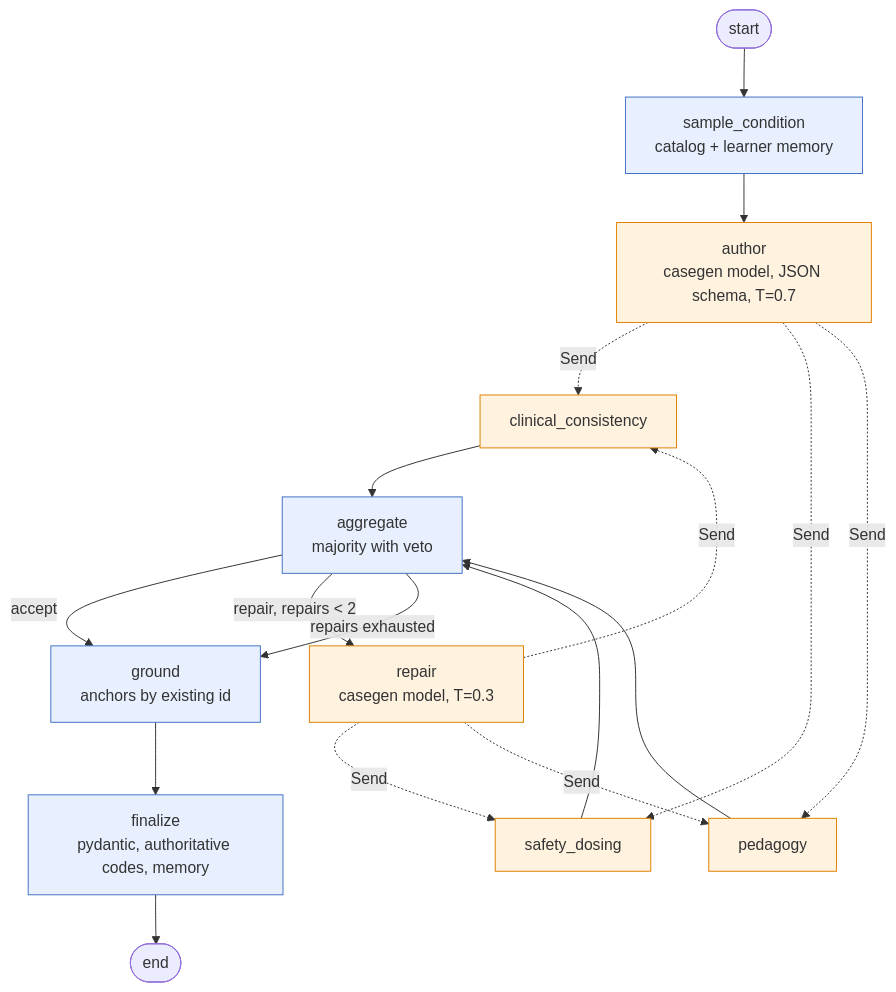
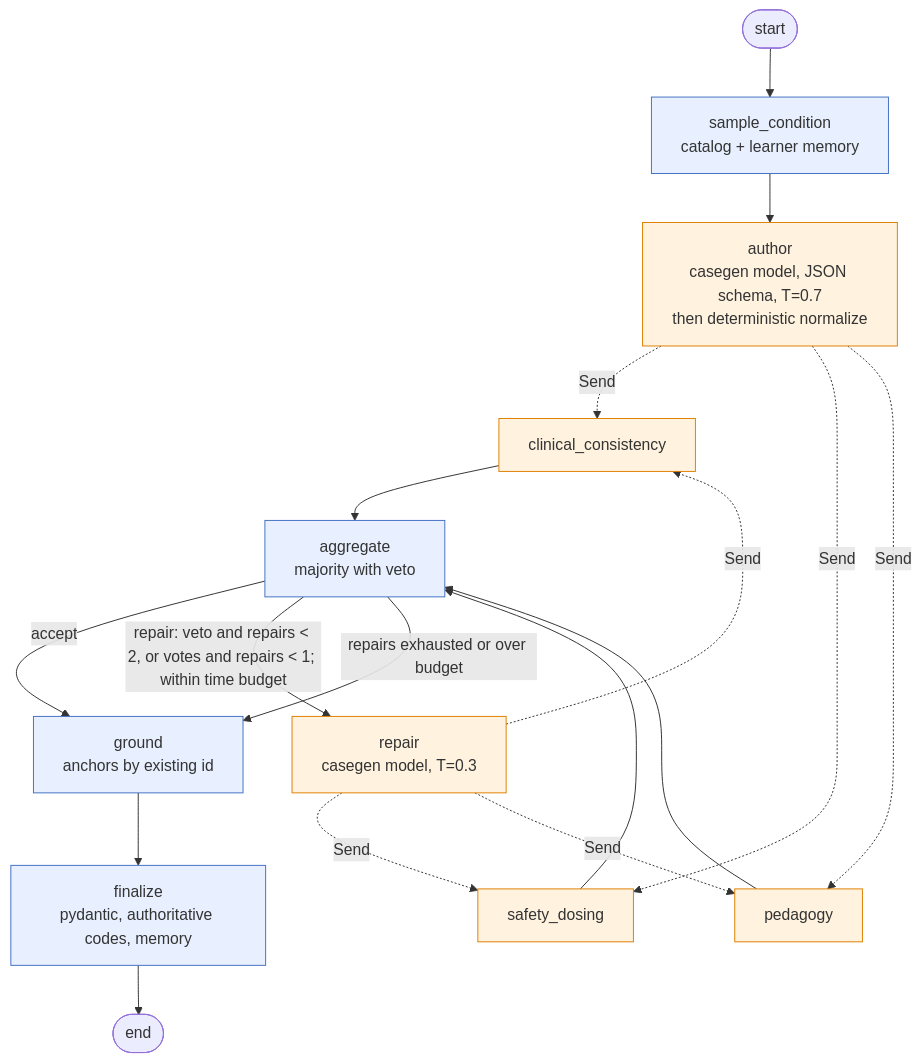
The first of 2 diagrams in docs/architecture/15-case-generator-v2-and-director.md (ArioMoniri/acudx-simulation), drawn with Mermaid before and after one commit. The commit also changed other lines of this file and 20 other files, not shown here.

````diff
--- a/docs/architecture/15-case-generator-v2-and-director.md
+++ b/docs/architecture/15-case-generator-v2-and-director.md
@@ -36,23 +38,23 @@
 ```mermaid
 flowchart TD
   S([start]) --> SC[sample_condition<br/>catalog + learner memory]
-  SC --> AU[author<br/>casegen model, JSON schema, T=0.7]
+  SC --> AU[author<br/>casegen model, JSON schema, T=0.7<br/>then deterministic normalize]
   AU -. Send .-> J1[clinical_consistency]
   AU -. Send .-> J2[safety_dosing]
   AU -. Send .-> J3[pedagogy]
   J1 --> AG[aggregate<br/>majority with veto]
   J2 --> AG
   J3 --> AG
   AG -->|accept| GR[ground<br/>anchors by existing id]
-  AG -->|repair, repairs < 2| RP[repair<br/>casegen model, T=0.3]
-  AG -->|repairs exhausted| GR
+  AG -->|repair: veto and repairs < 2, or votes and repairs < 1; within time budget| RP[repair<br/>casegen model, T=0.3]
+  AG -->|repairs exhausted or over budget| GR
   RP -. Send .-> J1
   RP -. Send .-> J2
   RP -. Send .-> J3
   GR --> FI[finalize<br/>pydantic, authoritative codes, memory]
   FI --> E([end])
   classDef det fill:#e8f0ff,stroke:#4472c4;
   classDef llm fill:#fff3e0,stroke:#e08000;
   class SC,AG,GR,FI det;
   class AU,RP,J1,J2,J3 llm;
 ```
````
